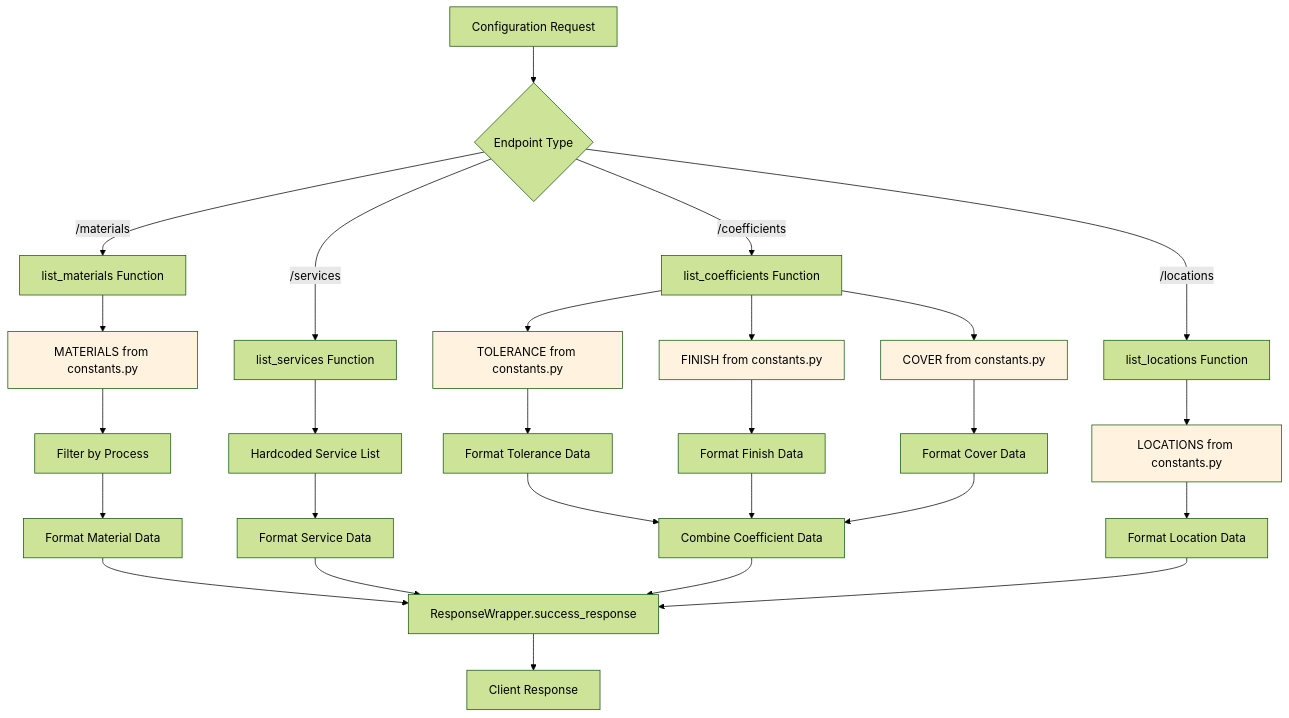
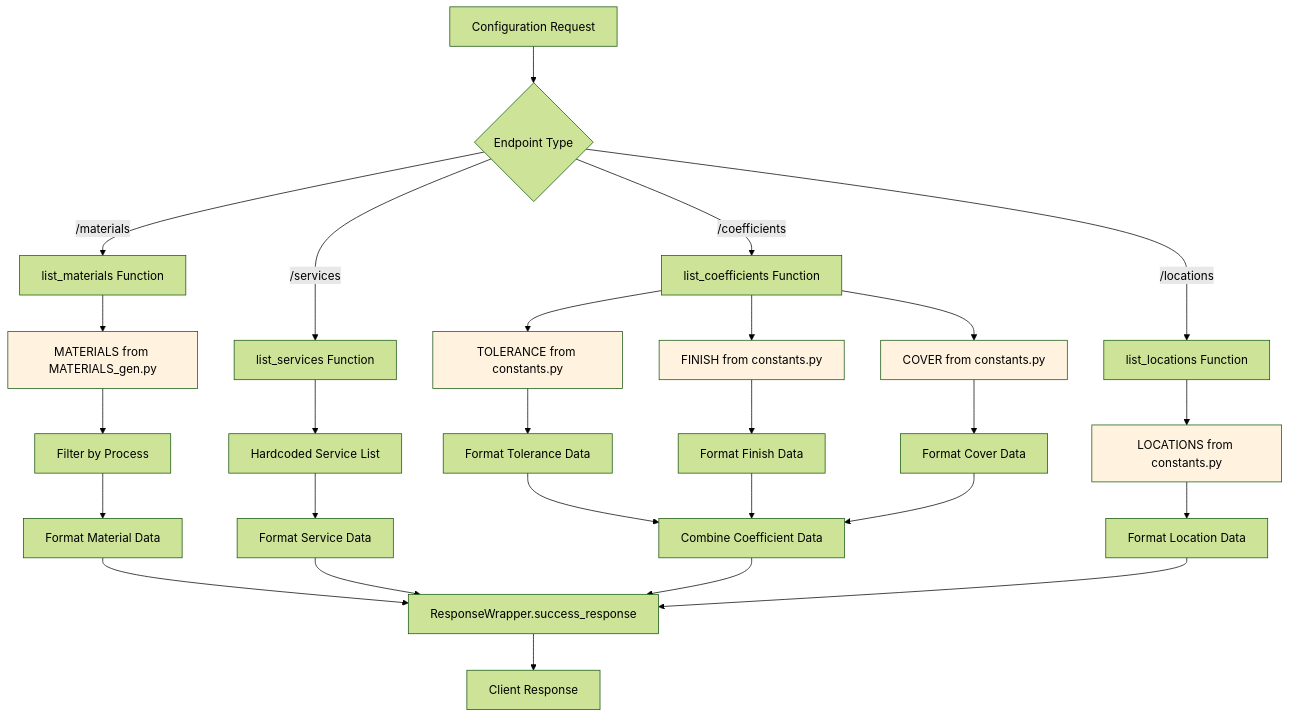
Before and after one commit to js-owl/maas-calc: the ninth of 13 diagrams in FLOW_DIAGRAMS.md, drawn with Mermaid (forest theme). The commit also changed 112 other files, not shown here.

````diff
--- a/FLOW_DIAGRAMS.md
+++ b/FLOW_DIAGRAMS.md
@@ -522,42 +522,42 @@
 ```mermaid
 graph TD
     A[Configuration Request] --> B{Endpoint Type}
     
     B -->|/materials| C[list_materials Function]
     B -->|/services| D[list_services Function]
     B -->|/coefficients| E[list_coefficients Function]
     B -->|/locations| F[list_locations Function]
     
-    C --> G[MATERIALS from constants.py]
+    C --> G[MATERIALS from MATERIALS_gen.py]
     D --> H[Hardcoded Service List]
     E --> I[TOLERANCE from constants.py]
     E --> J[FINISH from constants.py]
     E --> K[COVER from constants.py]
     F --> L[LOCATIONS from constants.py]
     
     G --> M[Filter by Process]
     M --> N[Format Material Data]
     N --> O[ResponseWrapper.success_response]
     
     H --> P[Format Service Data]
     P --> O
     
     I --> Q[Format Tolerance Data]
     J --> R[Format Finish Data]
     K --> S[Format Cover Data]
     Q --> T[Combine Coefficient Data]
     R --> T
     S --> T
     T --> O
     
     L --> U[Format Location Data]
     U --> O
     
     O --> V[Client Response]
     
     style G fill:#fff3e0
     style I fill:#fff3e0
     style J fill:#fff3e0
     style K fill:#fff3e0
     style L fill:#fff3e0
 ```
````
